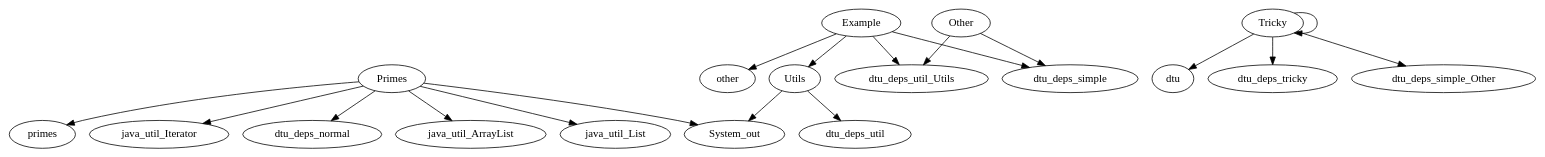
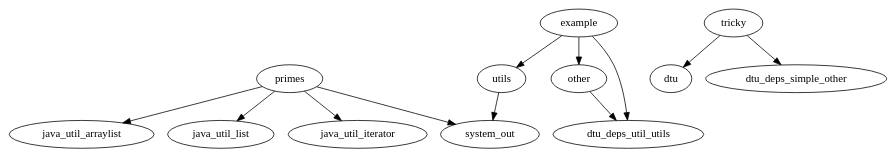
One commit to Thomaslorentzen/PA2023_GRP7 changed the diagram in output.dot. Above: the diagram before and after it, drawn with Graphviz. The commit also changed 2 other files, not shown here.

```diff
--- a/output.dot
+++ b/output.dot
@@ -1,20 +1,13 @@
 digraph G { 
-Utils -> System_out;
-Utils -> dtu_deps_util;
-Example -> other;
-Example -> dtu_deps_simple;
-Example -> Utils;
-Example -> dtu_deps_util_Utils;
-Tricky -> dtu;
-Tricky -> dtu_deps_tricky;
-Tricky -> Tricky;
-Tricky -> dtu_deps_simple_Other;
-Primes -> java_util_List;
-Primes -> primes;
-Primes -> java_util_Iterator;
-Primes -> dtu_deps_normal;
-Primes -> System_out;
-Primes -> java_util_ArrayList;
-Other -> dtu_deps_simple;
-Other -> dtu_deps_util_Utils;
+primes -> java_util_arraylist;
+primes -> java_util_list;
+primes -> java_util_iterator;
+primes -> system_out;
+other -> dtu_deps_util_utils;
+utils -> system_out;
+example -> dtu_deps_util_utils;
+example -> other;
+example -> utils;
+tricky -> dtu;
+tricky -> dtu_deps_simple_other;
 }
```
